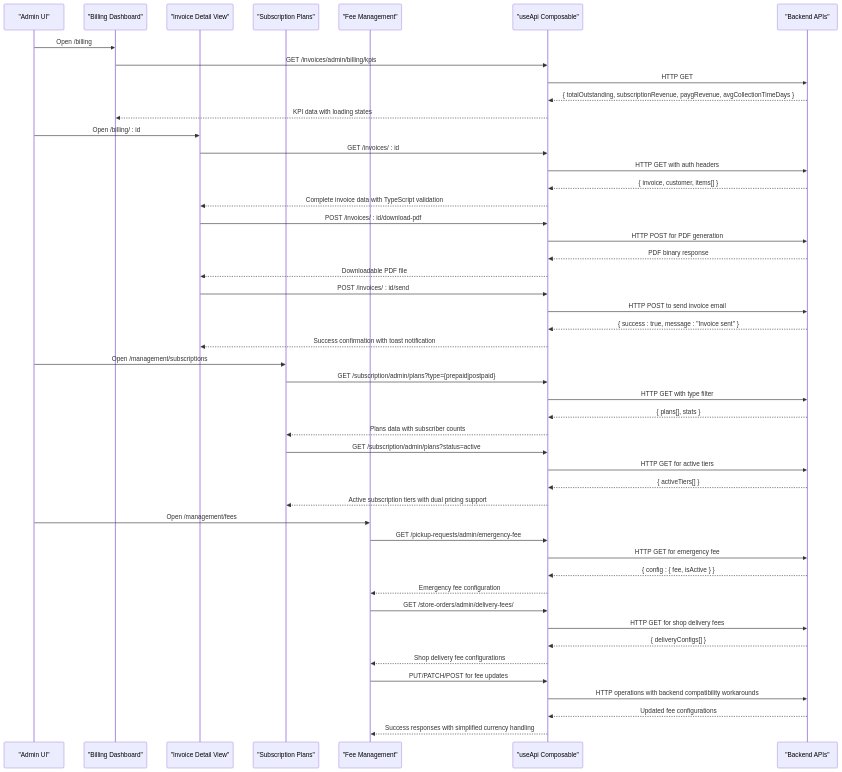
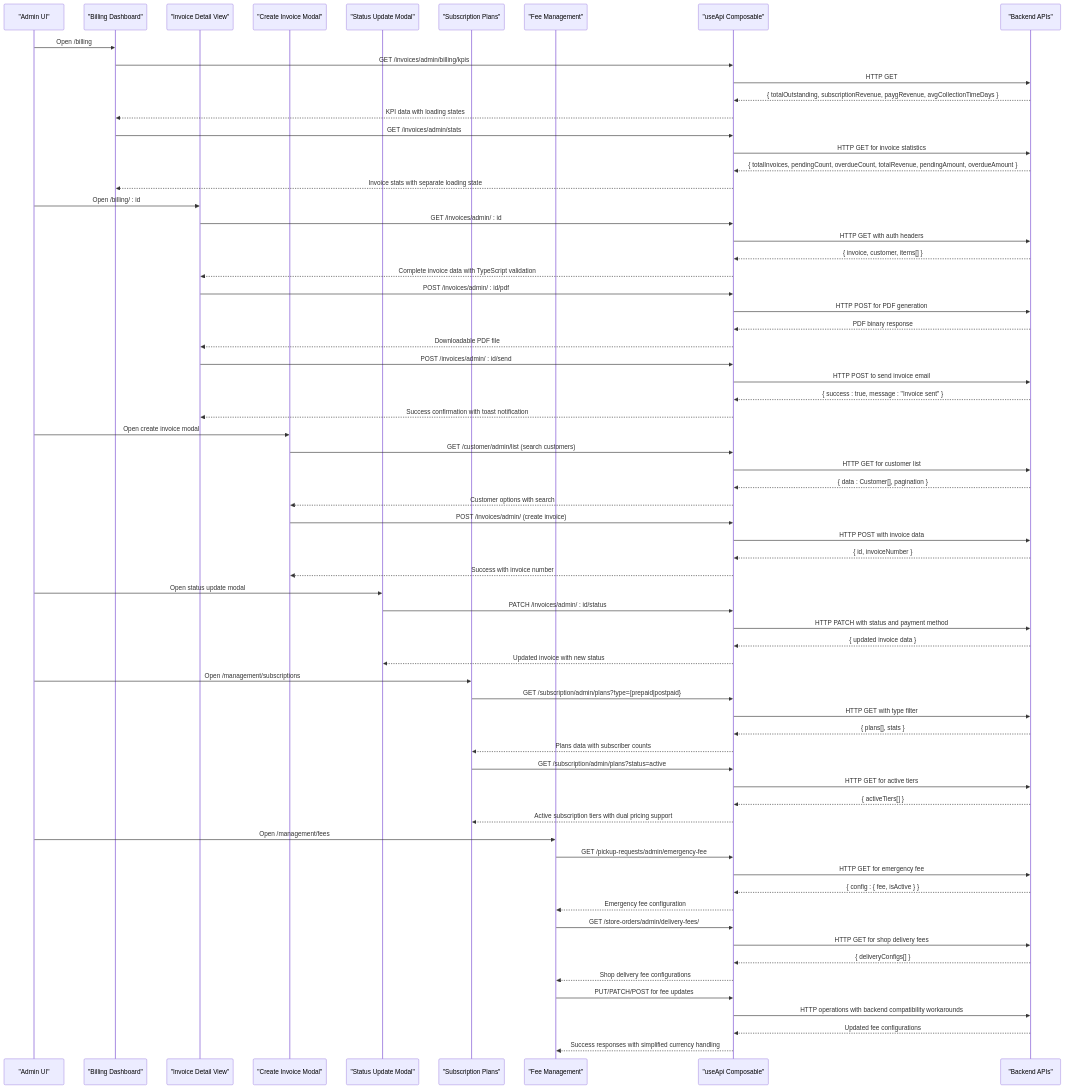
One commit to Lazynerd-Studios/lacarte-atlas-console changed the second of 3 diagrams in .qoder/repowiki/en/content/Business Modules/Billing & Subscriptions/Billing & Subscriptions.md. Above: the diagram before and after it, drawn with Mermaid. The commit also changed other lines of this file and 32 other files, not shown here.

````diff
--- a/.qoder/repowiki/en/content/Business Modules/Billing & Subscriptions/Billing & Subscriptions.md
+++ b/.qoder/repowiki/en/content/Business Modules/Billing & Subscriptions/Billing & Subscriptions.md
@@ -147,50 +153,70 @@
 ```mermaid
 sequenceDiagram
 participant Admin as "Admin UI"
 participant BillingPage as "Billing Dashboard"
 participant InvoiceDetail as "Invoice Detail View"
+participant InvoiceCreation as "Create Invoice Modal"
+participant StatusUpdate as "Status Update Modal"
 participant SubPlans as "Subscription Plans"
 participant FeeManagement as "Fee Management"
 participant API as "useApi Composable"
 participant Backend as "Backend APIs"
 Admin->>BillingPage : Open /billing
 BillingPage->>API : GET /invoices/admin/billing/kpis
 API->>Backend : HTTP GET
 Backend-->>API : { totalOutstanding, subscriptionRevenue, paygRevenue, avgCollectionTimeDays }
 API-->>BillingPage : KPI data with loading states
+BillingPage->>API : GET /invoices/admin/stats
+API->>Backend : HTTP GET for invoice statistics
+Backend-->>API : { totalInvoices, pendingCount, overdueCount, totalRevenue, pendingAmount, overdueAmount }
+API-->>BillingPage : Invoice stats with separate loading state
 Admin->>InvoiceDetail : Open /billing/ : id
-InvoiceDetail->>API : GET /invoices/ : id
+InvoiceDetail->>API : GET /invoices/admin/ : id
 API->>Backend : HTTP GET with auth headers
 Backend-->>API : { invoice, customer, items[] }
 API-->>InvoiceDetail : Complete invoice data with TypeScript validation
-InvoiceDetail->>API : POST /invoices/ : id/download-pdf
+InvoiceDetail->>API : POST /invoices/admin/ : id/pdf
 API->>Backend : HTTP POST for PDF generation
 Backend-->>API : PDF binary response
 API-->>InvoiceDetail : Downloadable PDF file
-InvoiceDetail->>API : POST /invoices/ : id/send
+InvoiceDetail->>API : POST /invoices/admin/ : id/send
 API->>Backend : HTTP POST to send invoice email
 Backend-->>API : { success : true, message : "Invoice sent" }
 API-->>InvoiceDetail : Success confirmation with toast notification
+Admin->>InvoiceCreation : Open create invoice modal
+InvoiceCreation->>API : GET /customer/admin/list (search customers)
+API->>Backend : HTTP GET for customer list
+Backend-->>API : { data : Customer[], pagination }
+API-->>InvoiceCreation : Customer options with search
+InvoiceCreation->>API : POST /invoices/admin/ (create invoice)
+API->>Backend : HTTP POST with invoice data
+Backend-->>API : { id, invoiceNumber }
+API-->>InvoiceCreation : Success with invoice number
+Admin->>StatusUpdate : Open status update modal
+StatusUpdate->>API : PATCH /invoices/admin/ : id/status
+API->>Backend : HTTP PATCH with status and payment method
+Backend-->>API : { updated invoice data }
+API-->>StatusUpdate : Updated invoice with new status
 Admin->>SubPlans : Open /management/subscriptions
 SubPlans->>API : GET /subscription/admin/plans?type={prepaid|postpaid}
 API->>Backend : HTTP GET with type filter
 Backend-->>API : { plans[], stats }
 API-->>SubPlans : Plans data with subscriber counts
 SubPlans->>API : GET /subscription/admin/plans?status=active
 API->>Backend : HTTP GET for active tiers
 Backend-->>API : { activeTiers[] }
 API-->>SubPlans : Active subscription tiers with dual pricing support
 Admin->>FeeManagement : Open /management/fees
 FeeManagement->>API : GET /pickup-requests/admin/emergency-fee
 API->>Backend : HTTP GET for emergency fee
 Backend-->>API : { config : { fee, isActive } }
 API-->>FeeManagement : Emergency fee configuration
 FeeManagement->>API : GET /store-orders/admin/delivery-fees/
 API->>Backend : HTTP GET for shop delivery fees
 Backend-->>API : { deliveryConfigs[] }
 API-->>FeeManagement : Shop delivery fee configurations
 FeeManagement->>API : PUT/PATCH/POST for fee updates
 API->>Backend : HTTP operations with backend compatibility workarounds
 Backend-->>API : Updated fee configurations
 API-->>FeeManagement : Success responses with simplified currency handling
 ```
````
